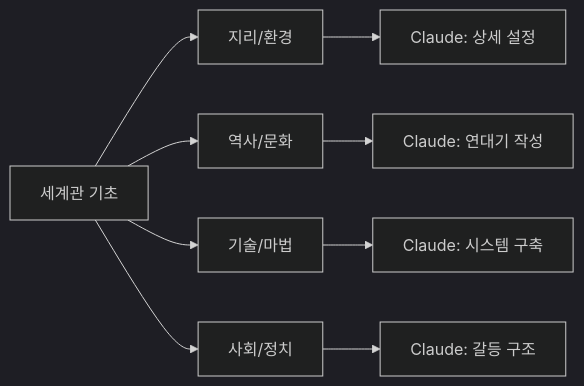
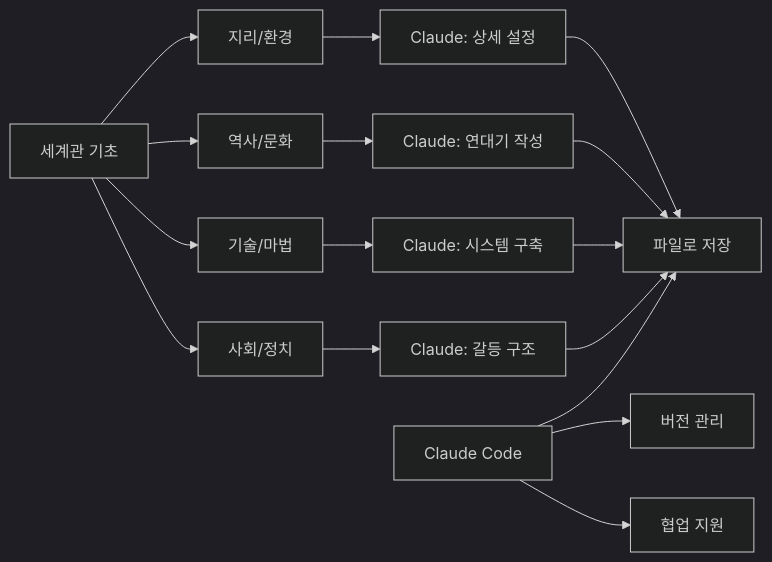
One commit to parklabo/parklabo.github.io changed the second of 2 diagrams in _posts/2025-07-20-claude-series-05-creative-work-with-claude.markdown. Above: the diagram before and after it, drawn with Mermaid (dark theme). The commit also changed other lines of this file, not shown here.

Commit message:
feat: Claude 입문 #5: 창작 작업에 Claude Code CLI 기능 추가 및 내용 보강

````diff
--- a/_posts/2025-07-20-claude-series-05-creative-work-with-claude.markdown
+++ b/_posts/2025-07-20-claude-series-05-creative-work-with-claude.markdown
@@ -229,12 +257,21 @@
 ```mermaid
 graph LR
     A[세계관 기초] --> B[지리/환경]
     A --> C[역사/문화]
     A --> D[기술/마법]
     A --> E[사회/정치]
     
     B --> F[Claude: 상세 설정]
     C --> G[Claude: 연대기 작성]
     D --> H[Claude: 시스템 구축]
     E --> I[Claude: 갈등 구조]
+    
+    J[Claude Code] --> K[파일로 저장]
+    J --> L[버전 관리]
+    J --> M[협업 지원]
+    
+    F --> K
+    G --> K
+    H --> K
+    I --> K
 ```
````
